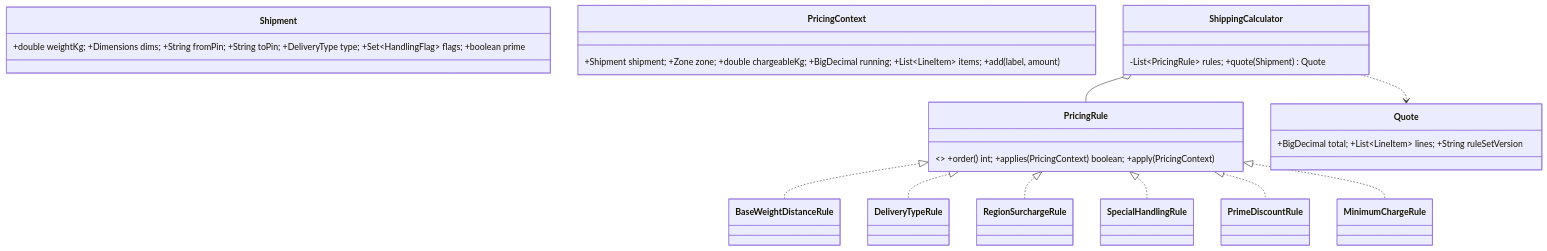
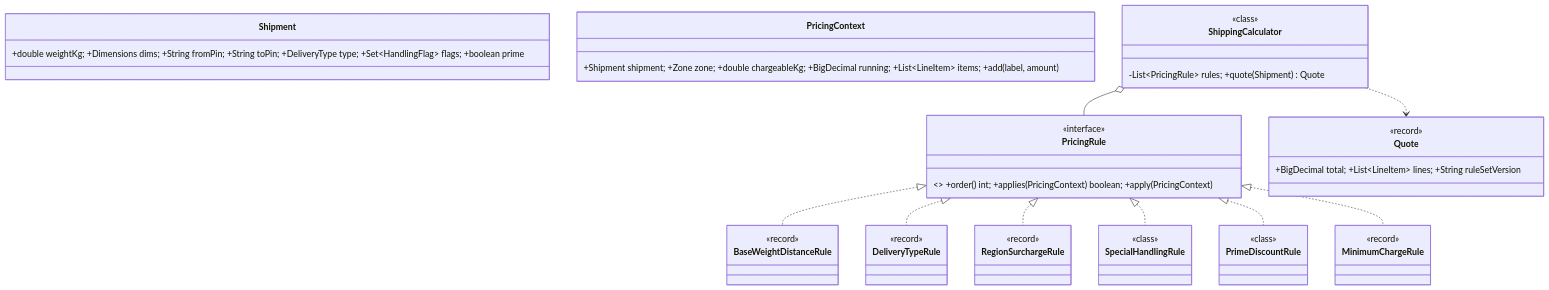
The first of 2 diagrams in system-design/lld/20-shipping-cost-calculator.md (amarkum/amarkumar.guru), drawn with Mermaid before and after one commit. The commit also changed 27 other files, not shown here.

Commit message:
Label every UML type as interface, enumeration, abstract, record or class, add missing enums, and colour-code them.

````diff
--- a/system-design/lld/20-shipping-cost-calculator.md
+++ b/system-design/lld/20-shipping-cost-calculator.md
@@ -38,22 +38,43 @@
 ```mermaid
 classDiagram
     class Shipment { +double weightKg; +Dimensions dims; +String fromPin; +String toPin; +DeliveryType type; +Set~HandlingFlag~ flags; +boolean prime }
     class PricingContext { +Shipment shipment; +Zone zone; +double chargeableKg; +BigDecimal running; +List~LineItem~ items; +add(label, amount) }
     class PricingRule { <<interface>> +order() int; +applies(PricingContext) boolean; +apply(PricingContext) }
-    class BaseWeightDistanceRule
-    class DeliveryTypeRule
-    class RegionSurchargeRule
-    class SpecialHandlingRule
-    class PrimeDiscountRule
-    class MinimumChargeRule
+    class BaseWeightDistanceRule {
+      <<record>>
+    }
+    class DeliveryTypeRule {
+      <<record>>
+    }
+    class RegionSurchargeRule {
+      <<record>>
+    }
+    class SpecialHandlingRule {
+      <<class>>
+    }
+    class PrimeDiscountRule {
+      <<class>>
+    }
+    class MinimumChargeRule {
+      <<record>>
+    }
     class ShippingCalculator { -List~PricingRule~ rules; +quote(Shipment) Quote }
     class Quote { +BigDecimal total; +List~LineItem~ lines; +String ruleSetVersion }
     PricingRule <|.. BaseWeightDistanceRule
     PricingRule <|.. DeliveryTypeRule
     PricingRule <|.. RegionSurchargeRule
     PricingRule <|.. SpecialHandlingRule
     PricingRule <|.. PrimeDiscountRule
     PricingRule <|.. MinimumChargeRule
     ShippingCalculator o-- PricingRule
     ShippingCalculator ..> Quote
+    class PricingRule {
+      <<interface>>
+    }
+    class ShippingCalculator {
+      <<class>>
+    }
+    class Quote {
+      <<record>>
+    }
 ```
````
